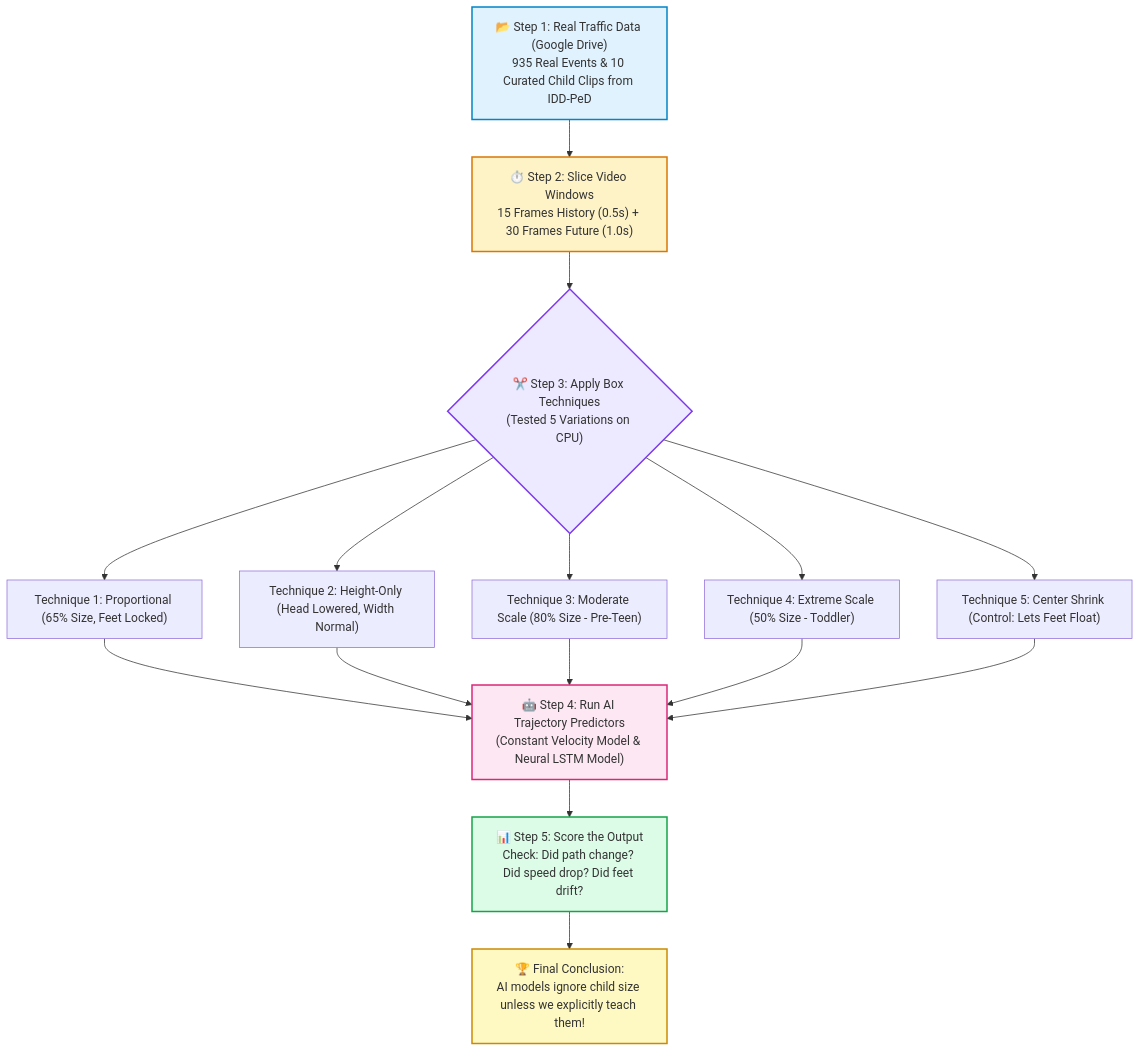
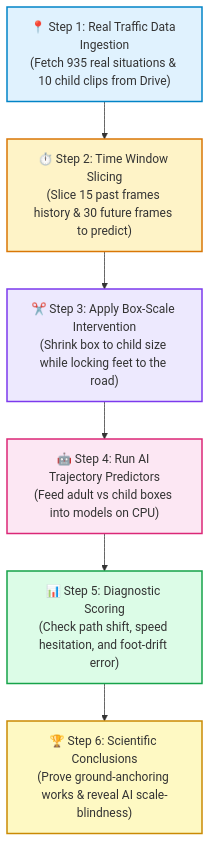
Before and after one commit to tezendrax/Discretio: the diagram in README.md, drawn with Mermaid. The commit also changed other lines of this file, not shown here.

````diff
--- a/README.md
+++ b/README.md
@@ -95,25 +95,15 @@
 ```mermaid
 flowchart TD
-    A["📂 Step 1: Real Traffic Data (Google Drive)\n935 Real Events & 10 Curated Child Clips from IDD-PeD"] --> B["⏱️ Step 2: Slice Video Windows\n15 Frames History (0.5s) + 30 Frames Future (1.0s)"]
-    
-    B --> C{"✂️ Step 3: Apply Box Techniques\n(Tested 5 Variations on CPU)"}
-    
-    C --> T1["Technique 1: Proportional (65% Size, Feet Locked)"]
-    C --> T2["Technique 2: Height-Only (Head Lowered, Width Normal)"]
-    C --> T3["Technique 3: Moderate Scale (80% Size - Pre-Teen)"]
-    C --> T4["Technique 4: Extreme Scale (50% Size - Toddler)"]
-    C --> T5["Technique 5: Center Shrink (Control: Lets Feet Float)"]
-    
-    T1 & T2 & T3 & T4 & T5 --> D["🤖 Step 4: Run AI Trajectory Predictors\n(Constant Velocity Model & Neural LSTM Model)"]
-    
-    D --> E["📊 Step 5: Score the Output\nCheck: Did path change? Did speed drop? Did feet drift?"]
-    
-    E --> F["🏆 Final Conclusion:\nAI models ignore child size unless we explicitly teach them!"]
+    S1["📍 Step 1: Real Traffic Data Ingestion\n(Fetch 935 real situations & 10 child clips from Drive)"] --> S2["⏱️ Step 2: Time Window Slicing\n(Slice 15 past frames history & 30 future frames to predict)"]
+    S2 --> S3["✂️ Step 3: Apply Box-Scale Intervention\n(Shrink box to child size while locking feet to the road)"]
+    S3 --> S4["🤖 Step 4: Run AI Trajectory Predictors\n(Feed adult vs child boxes into models on CPU)"]
+    S4 --> S5["📊 Step 5: Diagnostic Scoring\n(Check path shift, speed hesitation, and foot-drift error)"]
+    S5 --> S6["🏆 Step 6: Scientific Conclusions\n(Prove ground-anchoring works & reveal AI scale-blindness)"]
 
-    style A fill:#e0f2fe,stroke:#0284c7,stroke-width:2px
-    style B fill:#fef3c7,stroke:#d97706,stroke-width:2px
-    style C fill:#ede9fe,stroke:#7c3aed,stroke-width:2px
-    style D fill:#fce7f3,stroke:#db2777,stroke-width:2px
-    style E fill:#dcfce7,stroke:#16a34a,stroke-width:2px
-    style F fill:#fef9c3,stroke:#ca8a04,stroke-width:2px
+    style S1 fill:#e0f2fe,stroke:#0284c7,stroke-width:2px
+    style S2 fill:#fef3c7,stroke:#d97706,stroke-width:2px
+    style S3 fill:#ede9fe,stroke:#7c3aed,stroke-width:2px
+    style S4 fill:#fce7f3,stroke:#db2777,stroke-width:2px
+    style S5 fill:#dcfce7,stroke:#16a34a,stroke-width:2px
+    style S6 fill:#fef9c3,stroke:#ca8a04,stroke-width:2px
 ```
````
